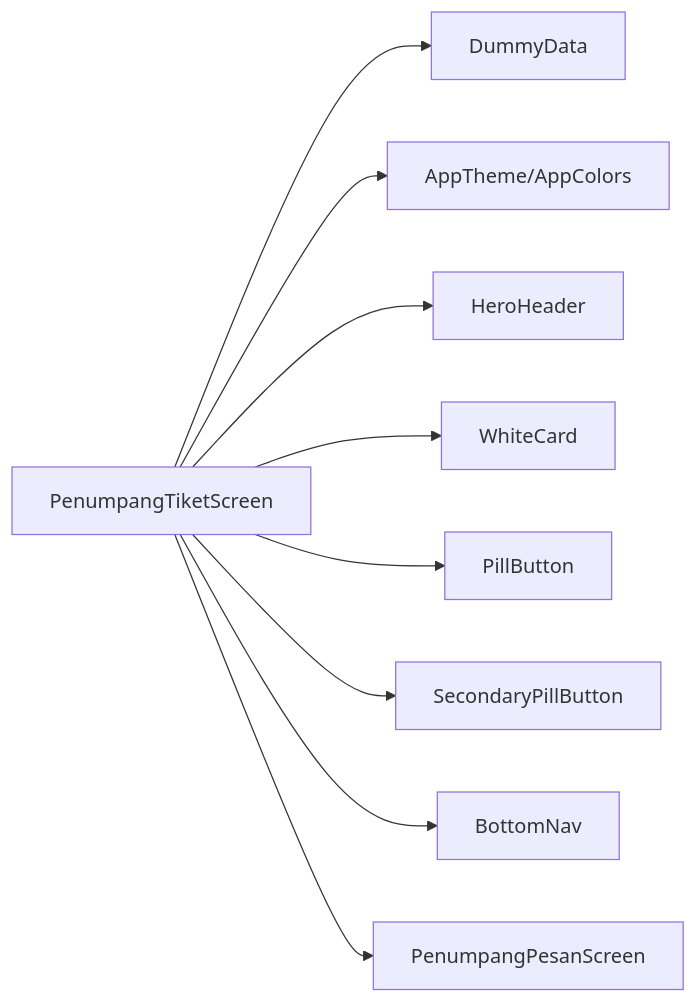
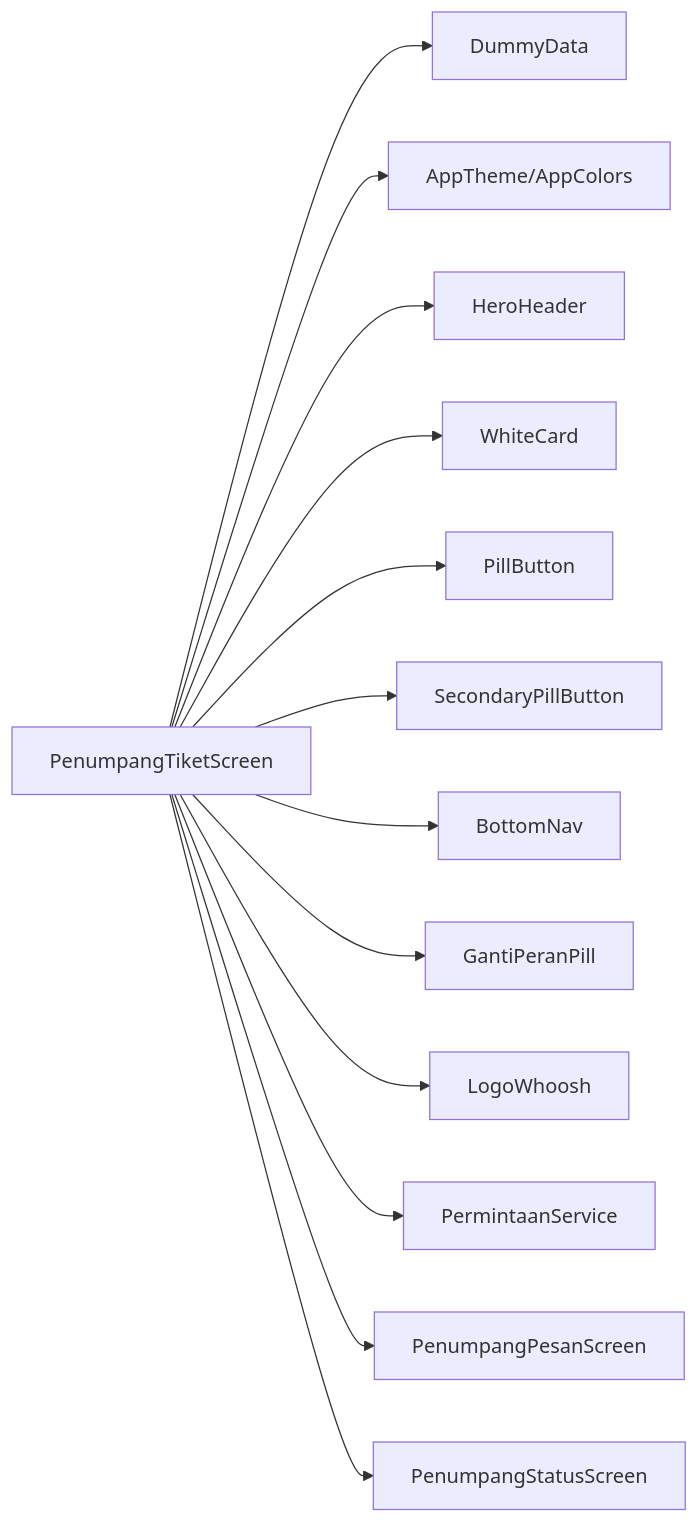
The sixth of 6 diagrams in .qoder/repowiki/en/content/Mobile Application/Passenger Interface/Ticket Display Screen.md (rdsarjito/whoosh-ramah), drawn with Mermaid before and after one commit. The commit also changed other lines of this file and 68 other files, not shown here.

````diff
--- a/.qoder/repowiki/en/content/Mobile Application/Passenger Interface/Ticket Display Screen.md
+++ b/.qoder/repowiki/en/content/Mobile Application/Passenger Interface/Ticket Display Screen.md
@@ -292,11 +335,15 @@
 ```mermaid
 graph LR
 PTS["PenumpangTiketScreen"] --> DD["DummyData"]
 PTS --> TH["AppTheme/AppColors"]
 PTS --> HH["HeroHeader"]
 PTS --> WC["WhiteCard"]
 PTS --> PB["PillButton"]
 PTS --> SPB["SecondaryPillButton"]
 PTS --> BN["BottomNav"]
+PTS --> GRP["GantiPeranPill"]
+PTS --> LW["LogoWhoosh"]
+PTS --> PS["PermintaanService"]
 PTS --> PPS["PenumpangPesanScreen"]
+PTS --> PSS["PenumpangStatusScreen"]
 ```
````
